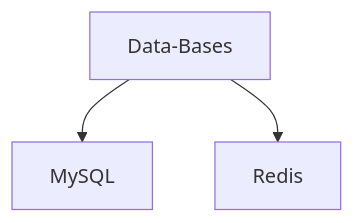
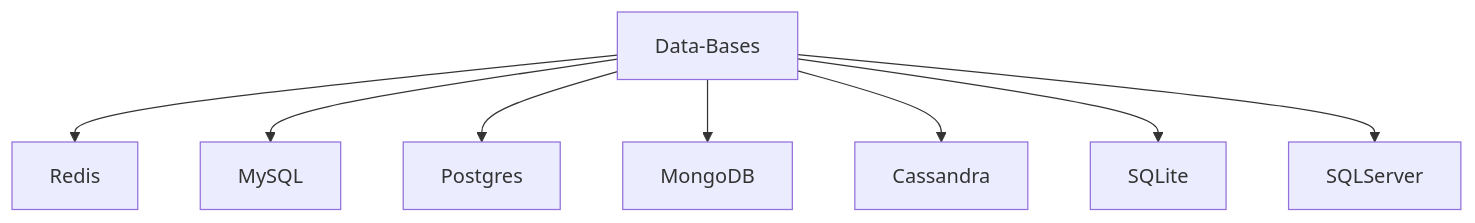
One commit to Victor-A-P/Victor-A-P changed the fourth of 4 diagrams in README.md. Above: the diagram before and after it, drawn with Mermaid. The commit also changed other lines of this file, not shown here.

````diff
--- a/README.md
+++ b/README.md
@@ -161,6 +176,10 @@
 ```mermaid
 graph TD;
+    Data-Bases-->Redis;
     Data-Bases-->MySQL;
-    Data-Bases-->Redis
-    Data-Bases
+    Data-Bases-->Postgres
+    Data-Bases-->MongoDB
+    Data-Bases-->Cassandra
+    Data-Bases-->SQLite
+    Data-Bases-->SQLServer
 ```
````
